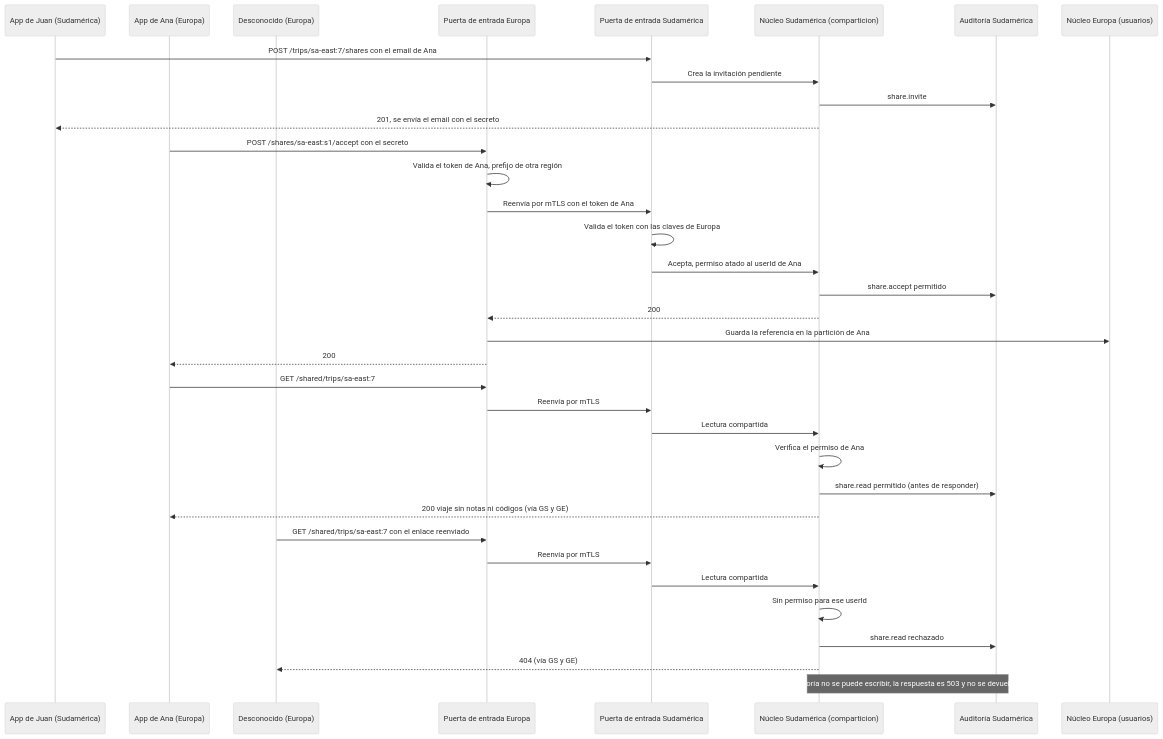
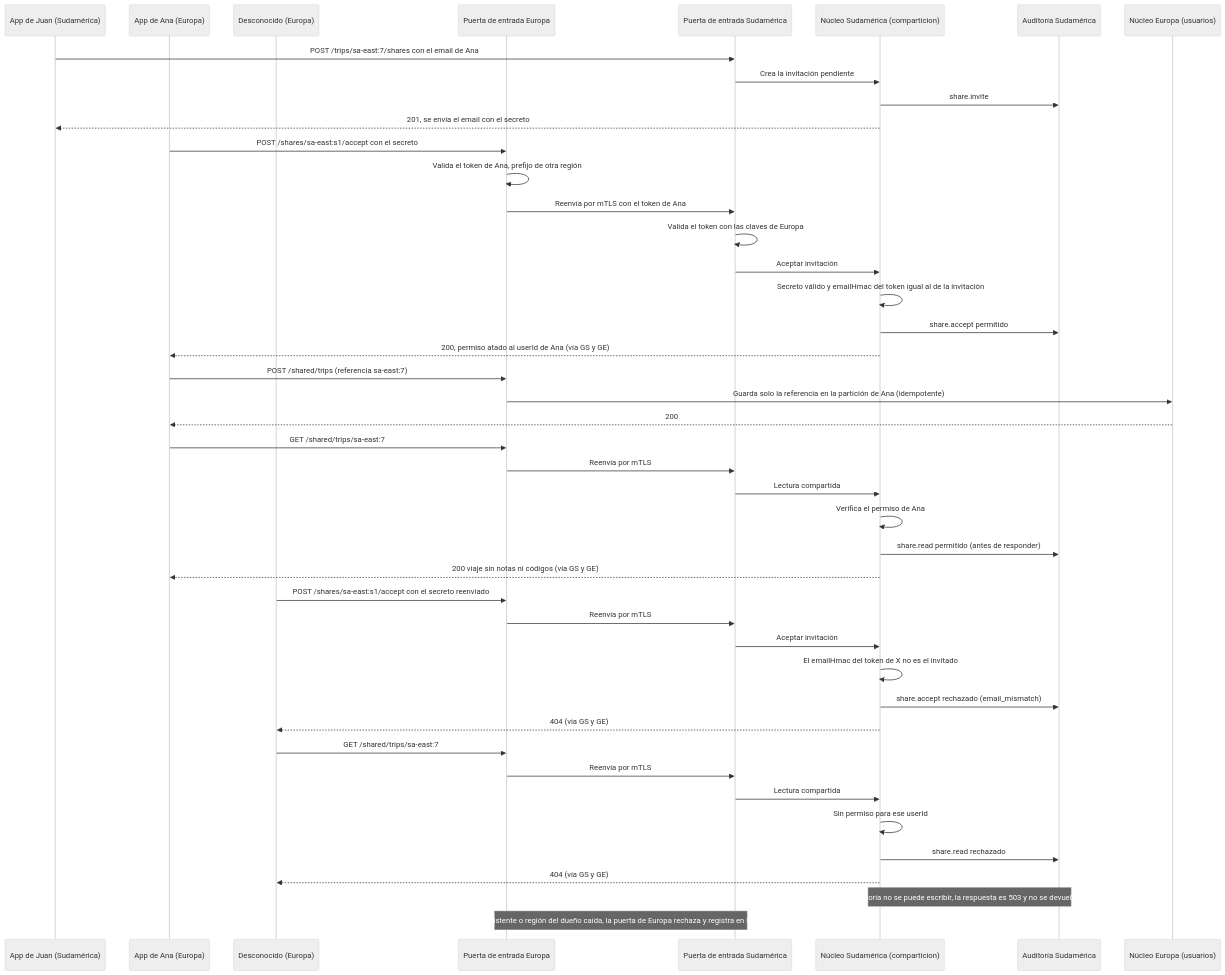
Before and after one commit to TadeoBrun1/TPE_software: the third of 5 diagrams in trotamundos/docs/02-views/sequence-views.md, drawn with Mermaid (neutral theme). The commit also changed other lines of this file and 32 other files, not shown here.

````diff
--- a/trotamundos/docs/02-views/sequence-views.md
+++ b/trotamundos/docs/02-views/sequence-views.md
@@ -94,37 +94,46 @@
 ```mermaid
 sequenceDiagram
     participant J as App de Juan (Sudamérica)
     participant A as App de Ana (Europa)
     participant X as Desconocido (Europa)
     participant GE as Puerta de entrada Europa
     participant GS as Puerta de entrada Sudamérica
     participant N as Núcleo Sudamérica (comparticion)
     participant AU as Auditoría Sudamérica
     participant NE as Núcleo Europa (usuarios)
     J->>GS: POST /trips/sa-east:7/shares con el email de Ana
     GS->>N: Crea la invitación pendiente
     N->>AU: share.invite
     N-->>J: 201, se envía el email con el secreto
     A->>GE: POST /shares/sa-east:s1/accept con el secreto
     GE->>GE: Valida el token de Ana, prefijo de otra región
     GE->>GS: Reenvía por mTLS con el token de Ana
     GS->>GS: Valida el token con las claves de Europa
-    GS->>N: Acepta, permiso atado al userId de Ana
+    GS->>N: Aceptar invitación
+    N->>N: Secreto válido y emailHmac del token igual al de la invitación
     N->>AU: share.accept permitido
-    N-->>GE: 200
-    GE->>NE: Guarda la referencia en la partición de Ana
-    GE-->>A: 200
+    N-->>A: 200, permiso atado al userId de Ana (vía GS y GE)
+    A->>GE: POST /shared/trips (referencia sa-east:7)
+    GE->>NE: Guarda solo la referencia en la partición de Ana (idempotente)
+    NE-->>A: 200
     A->>GE: GET /shared/trips/sa-east:7
     GE->>GS: Reenvía por mTLS
     GS->>N: Lectura compartida
     N->>N: Verifica el permiso de Ana
     N->>AU: share.read permitido (antes de responder)
     N-->>A: 200 viaje sin notas ni códigos (vía GS y GE)
-    X->>GE: GET /shared/trips/sa-east:7 con el enlace reenviado
+    X->>GE: POST /shares/sa-east:s1/accept con el secreto reenviado
+    GE->>GS: Reenvía por mTLS
+    GS->>N: Aceptar invitación
+    N->>N: El emailHmac del token de X no es el invitado
+    N->>AU: share.accept rechazado (email_mismatch)
+    N-->>X: 404 (vía GS y GE)
+    X->>GE: GET /shared/trips/sa-east:7
     GE->>GS: Reenvía por mTLS
     GS->>N: Lectura compartida
     N->>N: Sin permiso para ese userId
     N->>AU: share.read rechazado
     N-->>X: 404 (vía GS y GE)
     Note over N,AU: Si la auditoría no se puede escribir, la respuesta es 503 y no se devuelven datos
+    Note over GE,GS: Sin token, región inexistente o región del dueño caída, la puerta de Europa rechaza y registra en la auditoría de Europa
 ```
````
